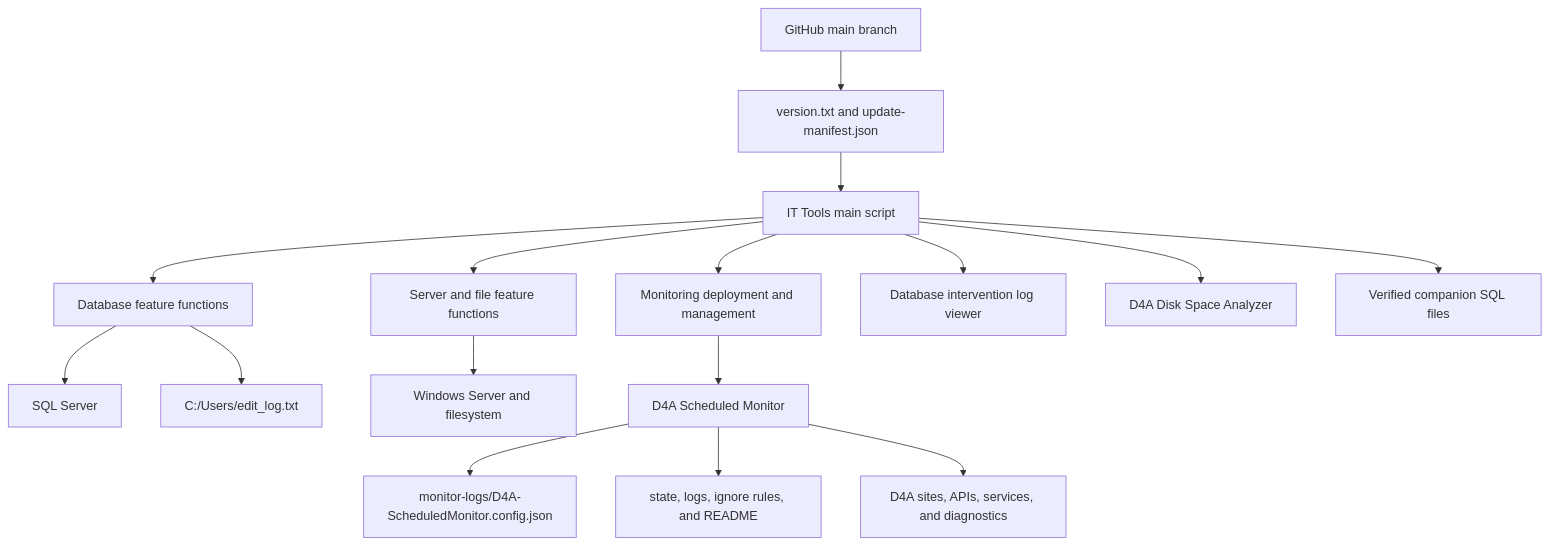
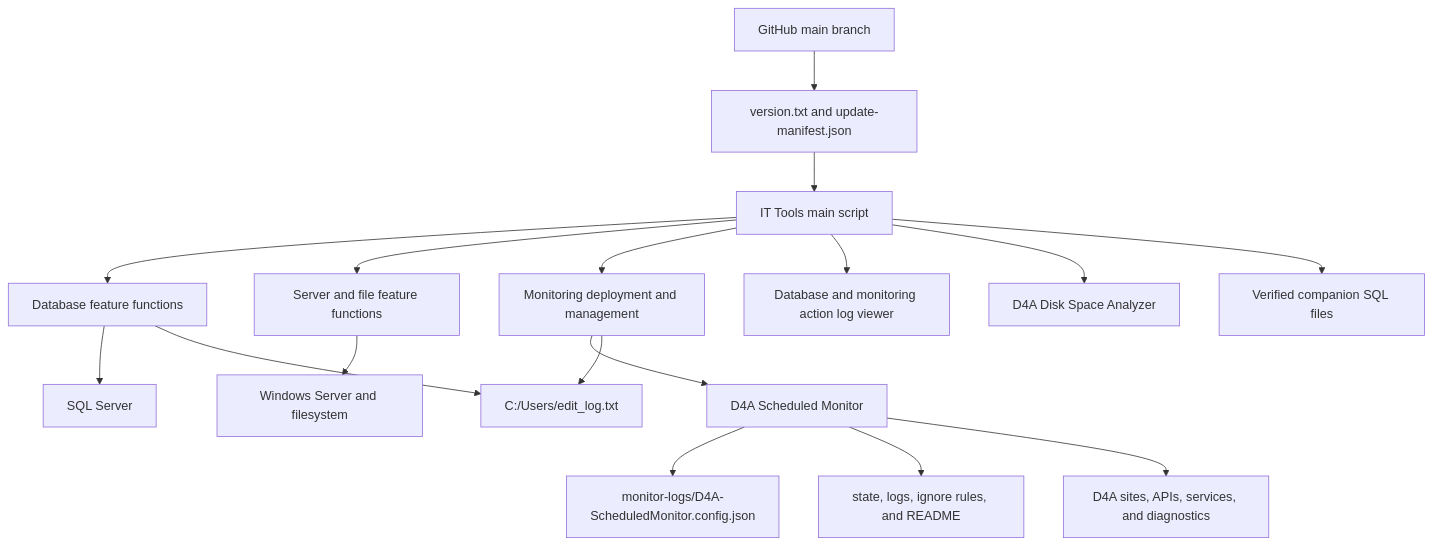
One commit to Khaled-barbar/IT_Tools_DB_Management_Server_Tools changed the first of 5 diagrams in docs/02-technical-design.md. Above: the diagram before and after it, drawn with Mermaid. The commit also changed other lines of this file and 8 other files, not shown here.

Commit message:
Audit monitoring creation and updates

````diff
--- a/docs/02-technical-design.md
+++ b/docs/02-technical-design.md
@@ -11,18 +11,19 @@
 ```mermaid
 flowchart TD
     GitHub["GitHub main branch"] --> Release["version.txt and update-manifest.json"]
     Release --> Main["IT Tools main script"]
     Main --> DB["Database feature functions"]
     Main --> Server["Server and file feature functions"]
     Main --> Deploy["Monitoring deployment and management"]
-    Main --> Audit["Database intervention log viewer"]
+    Main --> Audit["Database and monitoring action log viewer"]
     Main --> Disk["D4A Disk Space Analyzer"]
     Main --> SQLFiles["Verified companion SQL files"]
     Deploy --> Monitor["D4A Scheduled Monitor"]
     Monitor --> Config["monitor-logs/D4A-ScheduledMonitor.config.json"]
     Monitor --> State["state, logs, ignore rules, and README"]
     DB --> SqlServer["SQL Server"]
     Server --> Windows["Windows Server and filesystem"]
     Monitor --> App["D4A sites, APIs, services, and diagnostics"]
     DB --> EditLog["C:/Users/edit_log.txt"]
+    Deploy --> EditLog
 ```
````
